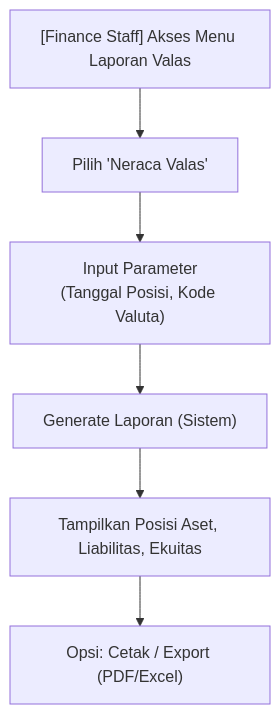
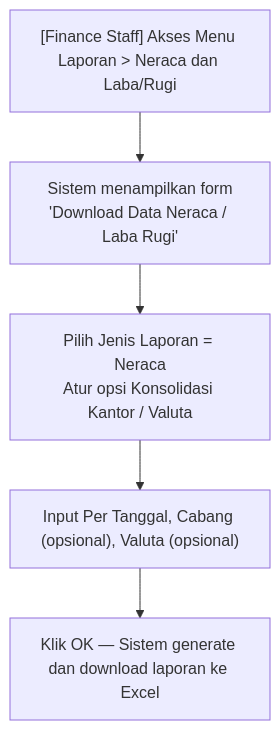
Before and after one commit to wisnu/ibank-docs: the sixth of 9 diagrams in docs/bcas/saku_valas/fsd_sakuvalas.md, drawn with Mermaid. The commit also changed other lines of this file, not shown here.

Commit message:
docs: update user roles and descriptions in FSD Saku Valas documentation

````diff
--- a/docs/bcas/saku_valas/fsd_sakuvalas.md
+++ b/docs/bcas/saku_valas/fsd_sakuvalas.md
@@ -512,8 +510,7 @@
 ```mermaid
 flowchart TD
-    A["[Finance Staff] Akses Menu Laporan Valas"] --> B["Pilih 'Neraca Valas'"]
-    B --> C["Input Parameter\n(Tanggal Posisi, Kode Valuta)"]
-    C --> D["Generate Laporan (Sistem)"]
-    D --> E["Tampilkan Posisi Aset, Liabilitas, Ekuitas"]
-    E --> F["Opsi: Cetak / Export (PDF/Excel)"]
+    A["[Finance Staff] Akses Menu Laporan > Neraca dan Laba/Rugi"] --> B["Sistem menampilkan form\n'Download Data Neraca / Laba Rugi'"]
+    B --> C["Pilih Jenis Laporan = Neraca\nAtur opsi Konsolidasi Kantor / Valuta"]
+    C --> D["Input Per Tanggal, Cabang (opsional), Valuta (opsional)"]
+    D --> E["Klik OK — Sistem generate dan download laporan ke Excel"]
 ```
````
